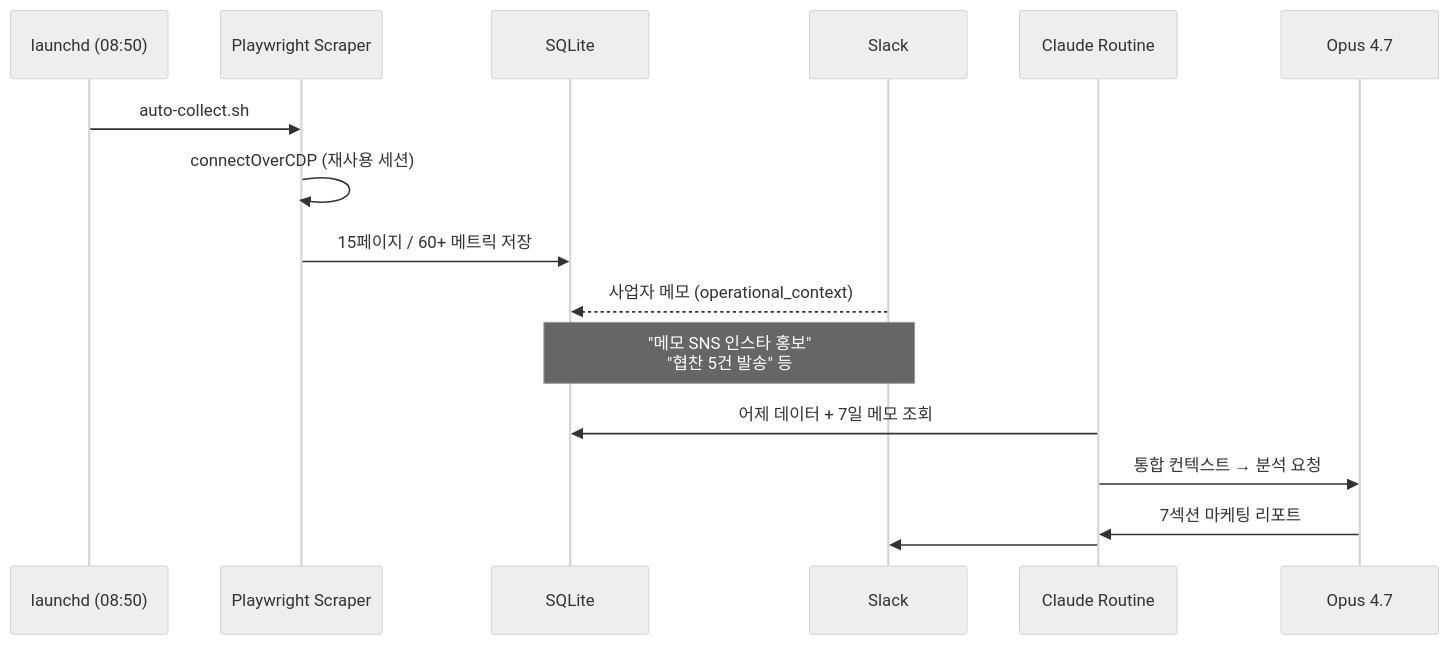
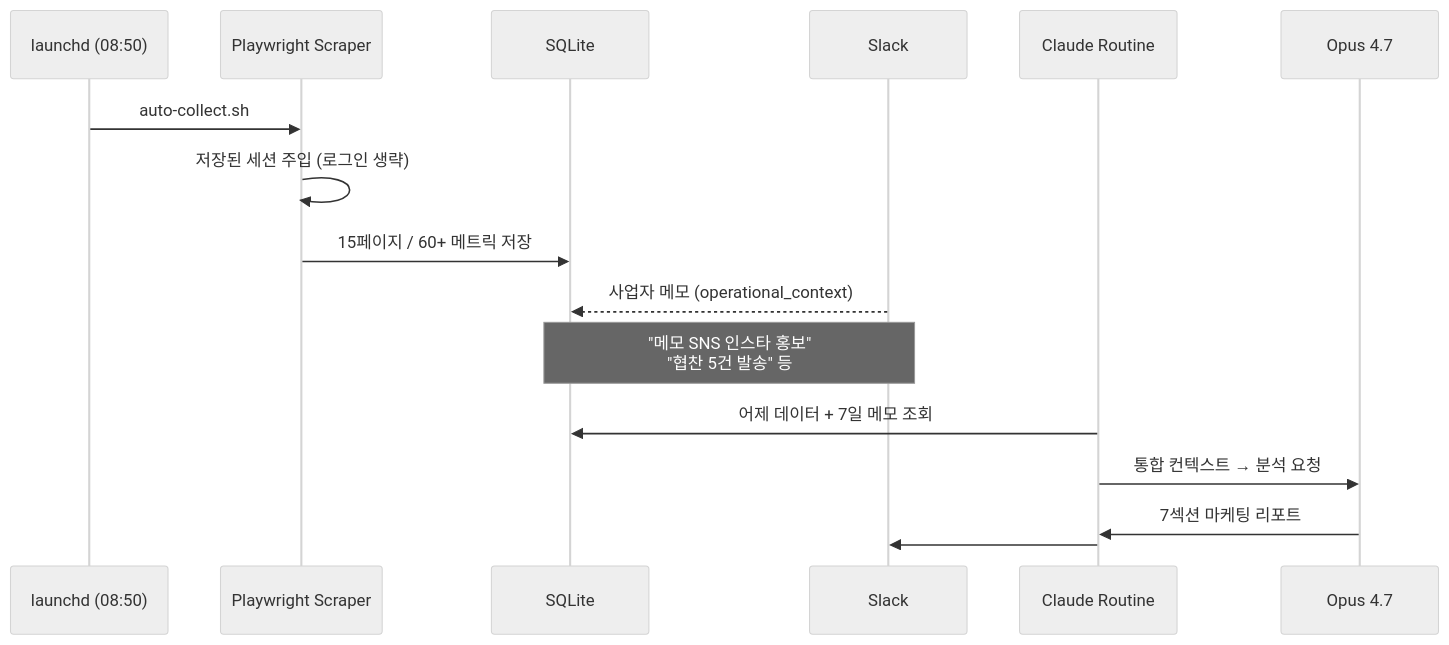
The first of 2 diagrams in README.md (hyewon3938/commerce-agents), drawn with Mermaid (neutral theme) before and after one commit. The commit also changed other lines of this file, not shown here.

First line of the commit message:
docs: 세션 유지 방식 서술 정정 — CDP 데몬에서 storageState 재사용으로

````diff
--- a/README.md
+++ b/README.md
@@ -88,21 +88,21 @@
 ```mermaid
 sequenceDiagram
     participant LD as launchd (08:50)
     participant SC as Playwright Scraper
     participant DB as SQLite
     participant SL as Slack
     participant CR as Claude Routine
     participant LLM as Opus 4.7
 
     LD->>SC: auto-collect.sh
-    SC->>SC: connectOverCDP (재사용 세션)
+    SC->>SC: 저장된 세션 주입 (로그인 생략)
     SC->>DB: 15페이지 / 60+ 메트릭 저장
 
     SL-->>DB: 사업자 메모 (operational_context)
     Note over SL,DB: "메모 SNS 인스타 홍보"<br/>"협찬 5건 발송" 등
 
     CR->>DB: 어제 데이터 + 7일 메모 조회
     CR->>LLM: 통합 컨텍스트 → 분석 요청
     LLM->>CR: 7섹션 마케팅 리포트
     CR->>SL: #스토어-매니저 자동 전송 (~09:15)
 ```
````
